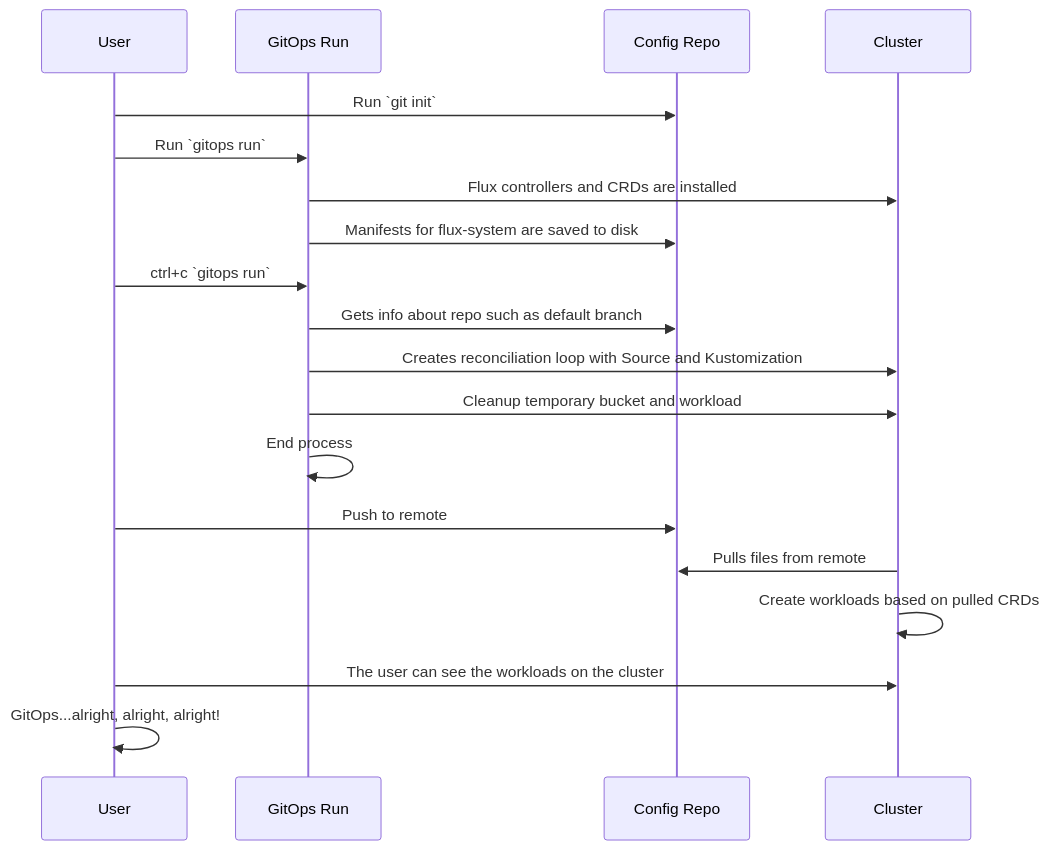
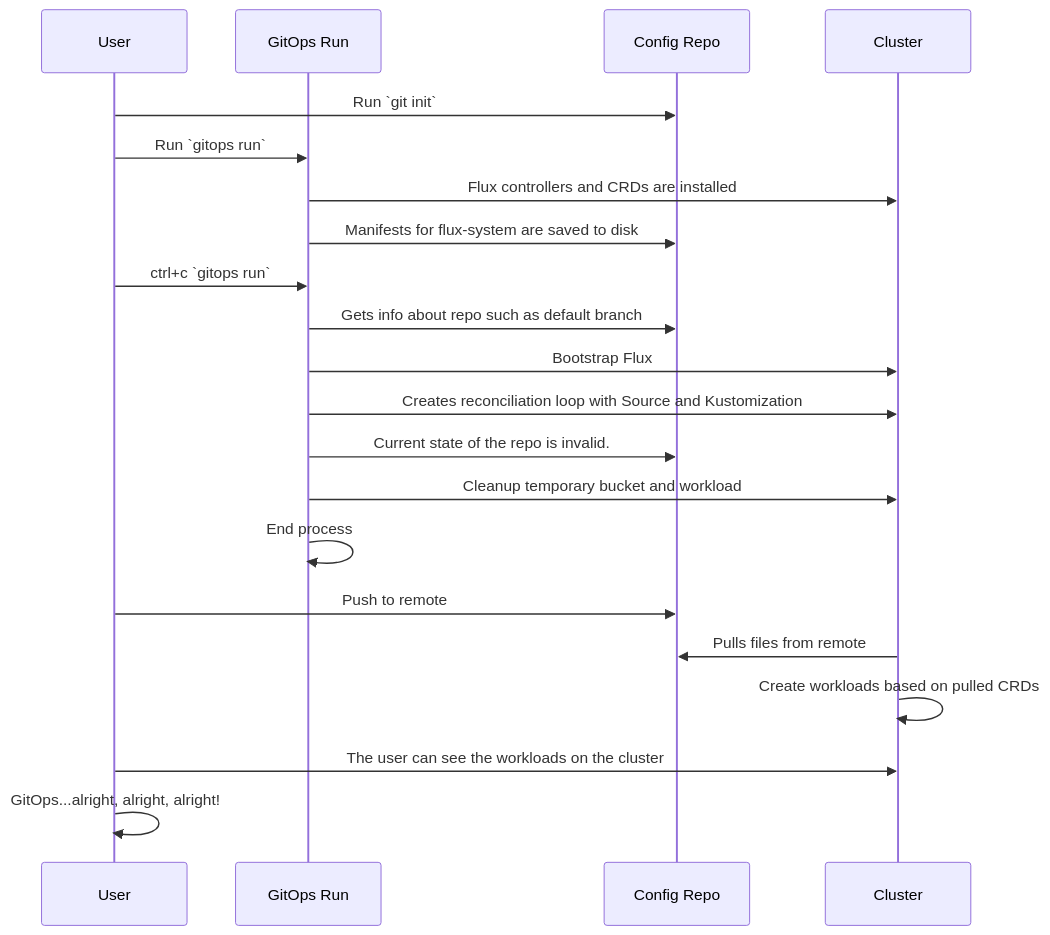
The first of 5 diagrams in run.md (JamWils/gitops-repo-000), drawn with Mermaid before and after one commit. The commit also changed other lines of this file and 12 other files, not shown here.

````diff
--- a/run.md
+++ b/run.md
@@ -1,21 +1,23 @@
 ```mermaid
 sequenceDiagram;
     participant User;
     participant GitOps Run;
     participant Config Repo;
     participant Cluster;
     User ->> Config Repo: Run `git init`;
     User ->> GitOps Run: Run `gitops run`;
     GitOps Run ->> Cluster: Flux controllers and CRDs are installed;
     GitOps Run ->> Config Repo: Manifests for flux-system are saved to disk;
     User ->> GitOps Run: ctrl+c `gitops run`;
     GitOps Run ->> Config Repo: Gets info about repo such as default branch;
+    GitOps Run ->> Cluster: Bootstrap Flux
     GitOps Run ->> Cluster: Creates reconciliation loop with Source and Kustomization;
+     GitOps Run ->> Config Repo: Current state of the repo is invalid.
     GitOps Run ->> Cluster: Cleanup temporary bucket and workload
     GitOps Run ->> GitOps Run: End process;
     User ->> Config Repo: Push to remote;
     Cluster ->> Config Repo: Pulls files from remote;
     Cluster ->> Cluster: Create workloads based on pulled CRDs;
     User ->> Cluster: The user can see the workloads on the cluster;
     User ->> User: GitOps...alright, alright, alright!
 ```
````
